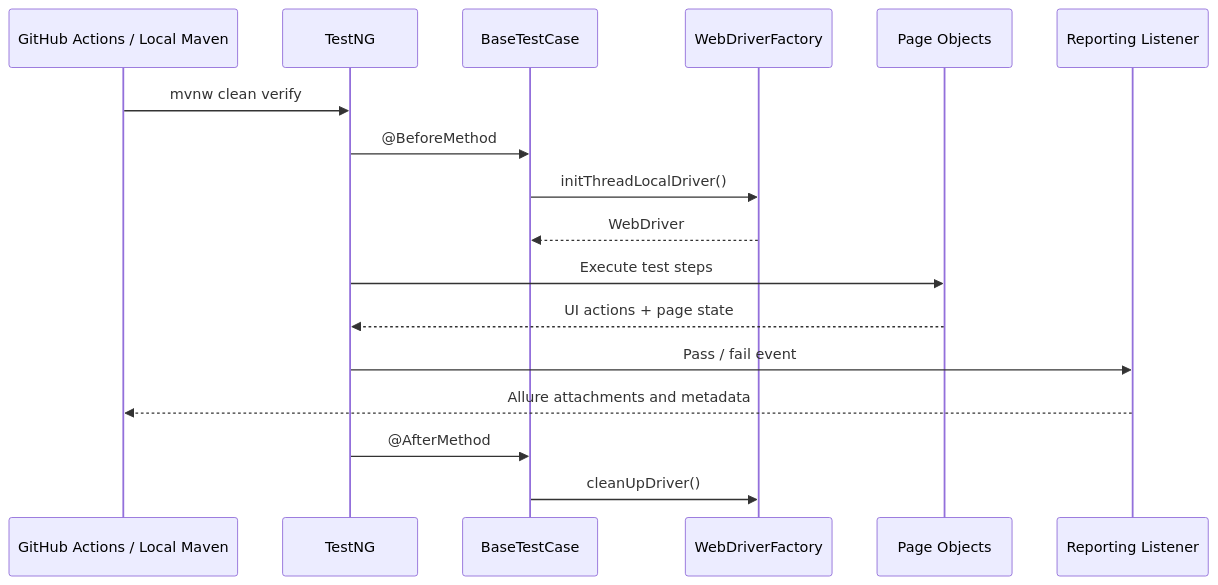
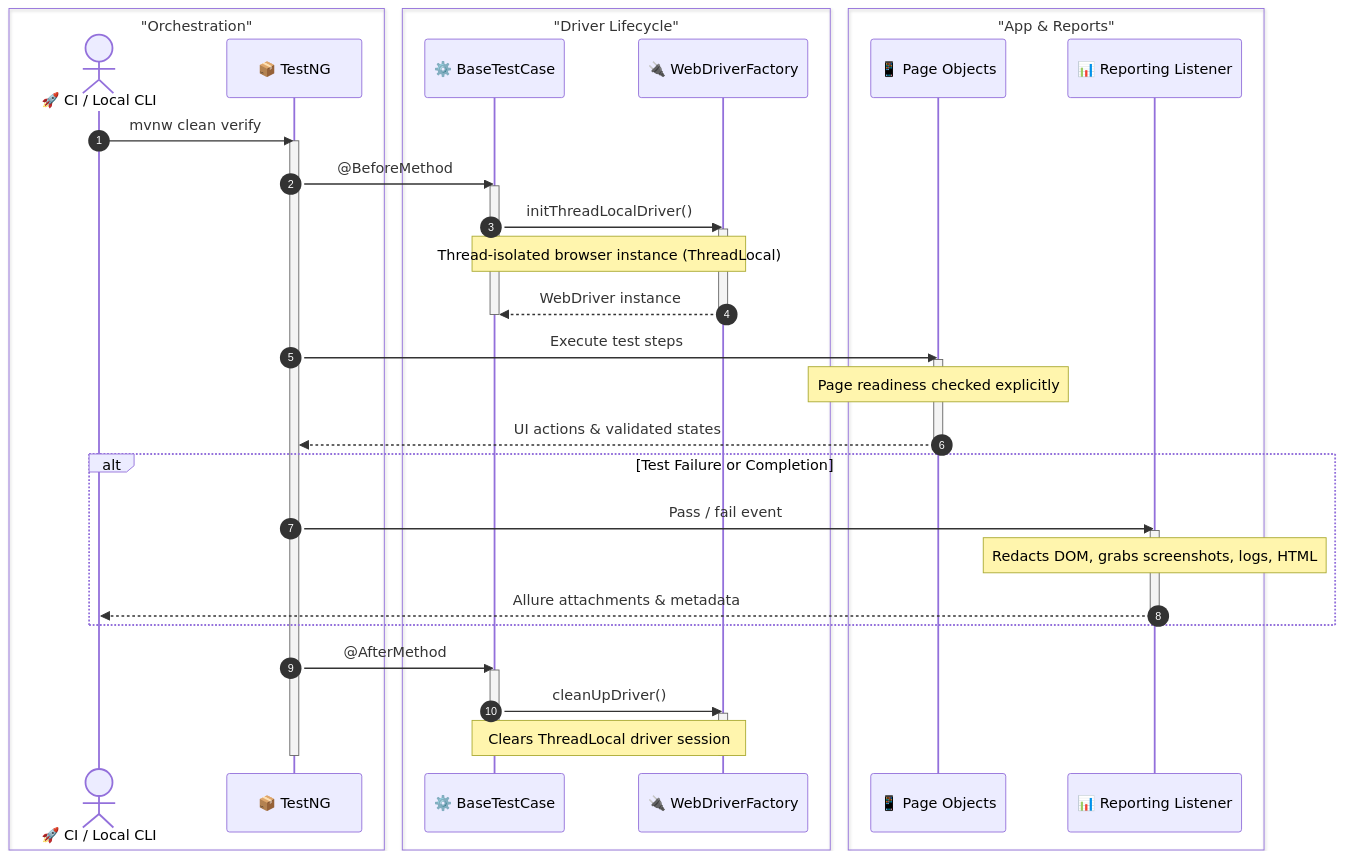
Before and after one commit to qa-test-automation-frameworks/selenium-testng-java-framework: the first of 2 diagrams in docs/ARCHITECTURE.md, drawn with Mermaid. The commit also changed other lines of this file and 138 other files, not shown here.

````diff
--- a/docs/ARCHITECTURE.md
+++ b/docs/ARCHITECTURE.md
@@ -12,20 +12,51 @@
 ```mermaid
 sequenceDiagram
-	participant CI as GitHub Actions / Local Maven
-	participant TN as TestNG
-	participant BT as BaseTestCase
-	participant WF as WebDriverFactory
-	participant PO as Page Objects
-	participant RL as Reporting Listener
+    autonumber
 
-	CI->>TN: mvnw clean verify
-	TN->>BT: @BeforeMethod
-	BT->>WF: initThreadLocalDriver()
-	WF-->>BT: WebDriver
-	TN->>PO: Execute test steps
-	PO-->>TN: UI actions + page state
-	TN->>RL: Pass / fail event
-	RL-->>CI: Allure attachments and metadata
-	TN->>BT: @AfterMethod
-	BT->>WF: cleanUpDriver()
+    box "Orchestration" #F5F7FA
+        actor CI as 🚀 CI / Local CLI
+        participant TN as 📦 TestNG
+    end
+    box "Driver Lifecycle" #E3F2FD
+        participant BT as ⚙️ BaseTestCase
+        participant WF as 🔌 WebDriverFactory
+    end
+    box "App & Reports" #E8F5E9
+        participant PO as 📱 Page Objects
+        participant RL as 📊 Reporting Listener
+    end
+
+    CI->>TN: mvnw clean verify
+    activate TN
+    TN->>BT: @BeforeMethod
+    activate BT
+    BT->>WF: initThreadLocalDriver()
+    activate WF
+    Note over BT,WF: Thread-isolated browser instance (ThreadLocal)
+    WF-->>BT: WebDriver instance
+    deactivate WF
+    deactivate BT
+
+    TN->>PO: Execute test steps
+    activate PO
+    Note over PO: Page readiness checked explicitly
+    PO-->>TN: UI actions & validated states
+    deactivate PO
+
+    alt Test Failure or Completion
+        TN->>RL: Pass / fail event
+        activate RL
+        Note over RL: Redacts DOM, grabs screenshots, logs, HTML
+        RL-->>CI: Allure attachments & metadata
+        deactivate RL
+    end
+
+    TN->>BT: @AfterMethod
+    activate BT
+    BT->>WF: cleanUpDriver()
+    activate WF
+    Note over BT,WF: Clears ThreadLocal driver session
+    deactivate WF
+    deactivate BT
+    deactivate TN
 ```
````
